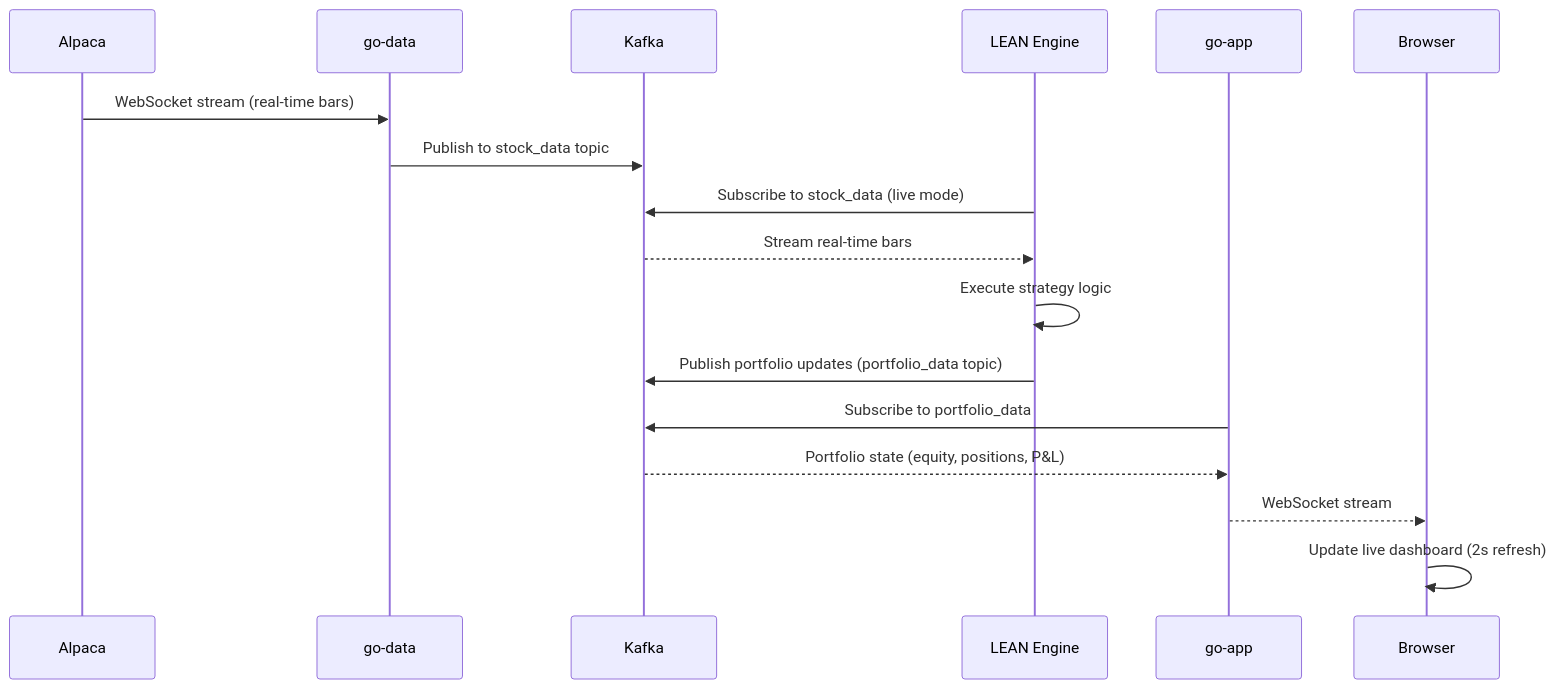
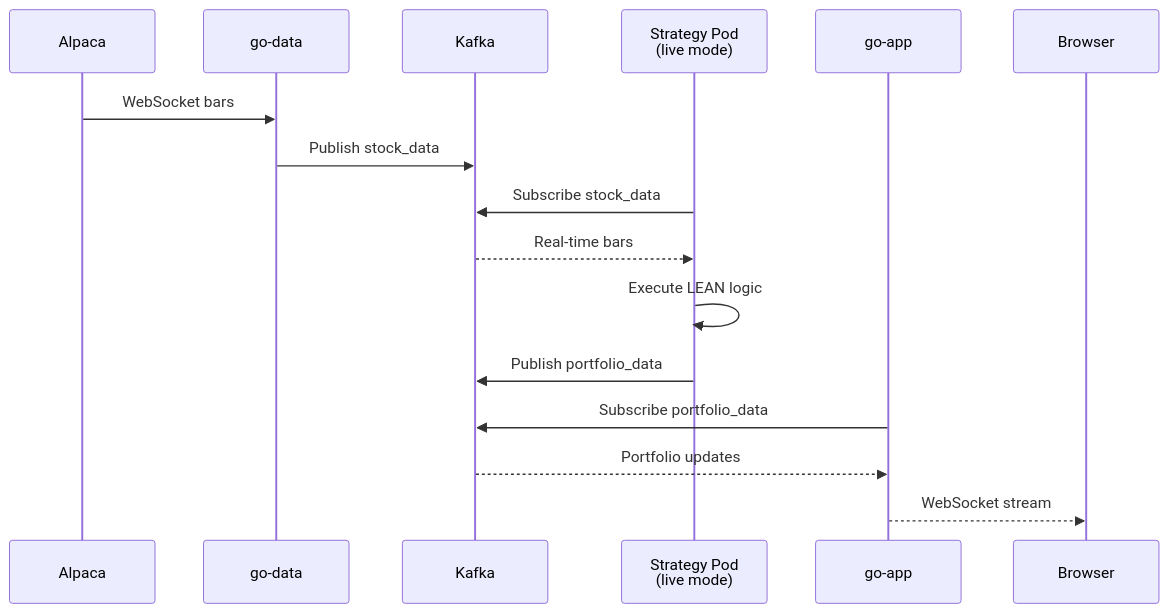
Before and after one commit to AndrewChang-cpu/Algorithmic-Trading-Platform: the third of 4 diagrams in documentation/ARCHITECTURE.md, drawn with Mermaid. The commit also changed other lines of this file, not shown here.

Commit message:
updated architecture

````diff
--- a/documentation/ARCHITECTURE.md
+++ b/documentation/ARCHITECTURE.md
@@ -169,22 +186,21 @@
 ```mermaid
 sequenceDiagram
     participant Alpaca
     participant GoData as go-data
     participant Kafka
-    participant LEAN as LEAN Engine
+    participant Worker as Strategy Pod<br/>(live mode)
     participant GoApp as go-app
     participant Browser
 
-    Alpaca->>GoData: WebSocket stream (real-time bars)
-    GoData->>Kafka: Publish to stock_data topic
+    Alpaca->>GoData: WebSocket bars
+    GoData->>Kafka: Publish stock_data
 
-    LEAN->>Kafka: Subscribe to stock_data (live mode)
-    Kafka-->>LEAN: Stream real-time bars
-    LEAN->>LEAN: Execute strategy logic
-    LEAN->>Kafka: Publish portfolio updates (portfolio_data topic)
+    Worker->>Kafka: Subscribe stock_data
+    Kafka-->>Worker: Real-time bars
+    Worker->>Worker: Execute LEAN logic
+    Worker->>Kafka: Publish portfolio_data
 
-    GoApp->>Kafka: Subscribe to portfolio_data
-    Kafka-->>GoApp: Portfolio state (equity, positions, P&L)
+    GoApp->>Kafka: Subscribe portfolio_data
+    Kafka-->>GoApp: Portfolio updates
     GoApp-->>Browser: WebSocket stream
-    Browser->>Browser: Update live dashboard (2s refresh)
 ```
````
